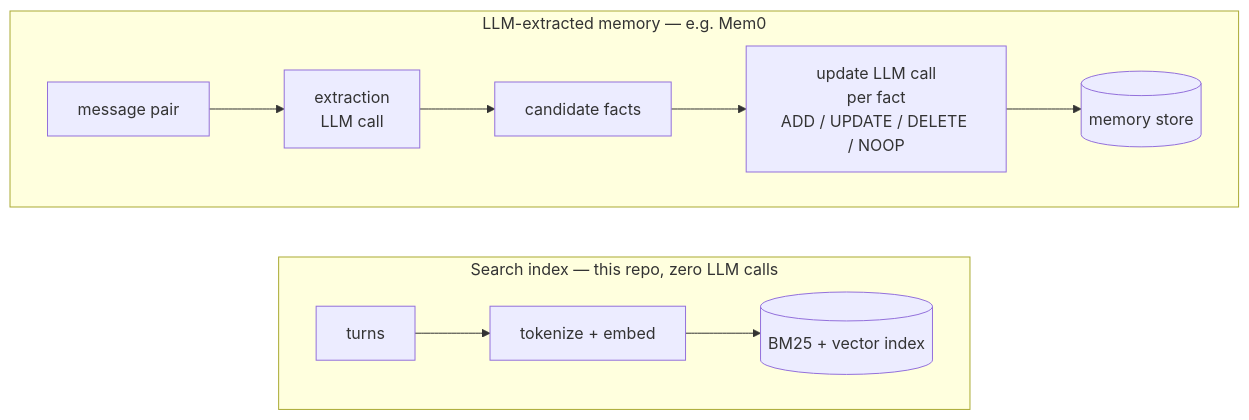
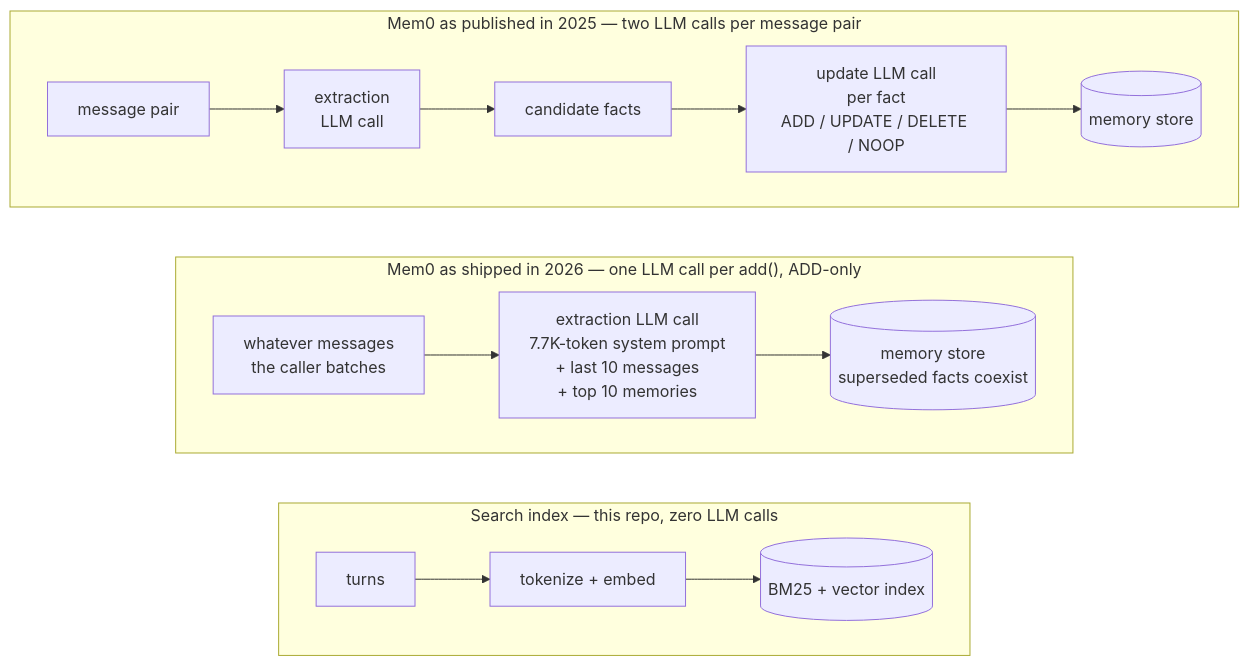
Before and after one commit to i-shantt/llm-mem-eval: the second of 3 diagrams in README.md, drawn with Mermaid. The commit also changed other lines of this file and 40 other files, not shown here.

````diff
--- a/README.md
+++ b/README.md
@@ -66,18 +152,24 @@
 ```mermaid
 flowchart TB
-    subgraph EXTRACT["LLM-extracted memory — e.g. Mem0"]
+    subgraph PAPER["Mem0 as published in 2025 — two LLM calls per message pair"]
         direction LR
         P["message pair"] --> E["extraction<br/>LLM call"]
         E --> F["candidate facts"]
         F --> U["update LLM call<br/>per fact<br/>ADD / UPDATE / DELETE / NOOP"]
         U --> DB[("memory store")]
+    end
+
+    subgraph V3["Mem0 as shipped in 2026 — one LLM call per add(), ADD-only"]
+        direction LR
+        B["whatever messages<br/>the caller batches"] --> X["extraction LLM call<br/>7.7K-token system prompt<br/>+ last 10 messages<br/>+ top 10 memories"]
+        X --> DB2[("memory store<br/>superseded facts coexist")]
     end
 
     subgraph INDEX["Search index — this repo, zero LLM calls"]
         direction LR
         T["turns"] --> TK["tokenize + embed"]
         TK --> IX[("BM25 + vector index")]
     end
 
-    EXTRACT ~~~ INDEX
+    PAPER ~~~ V3 ~~~ INDEX
 ```
````
